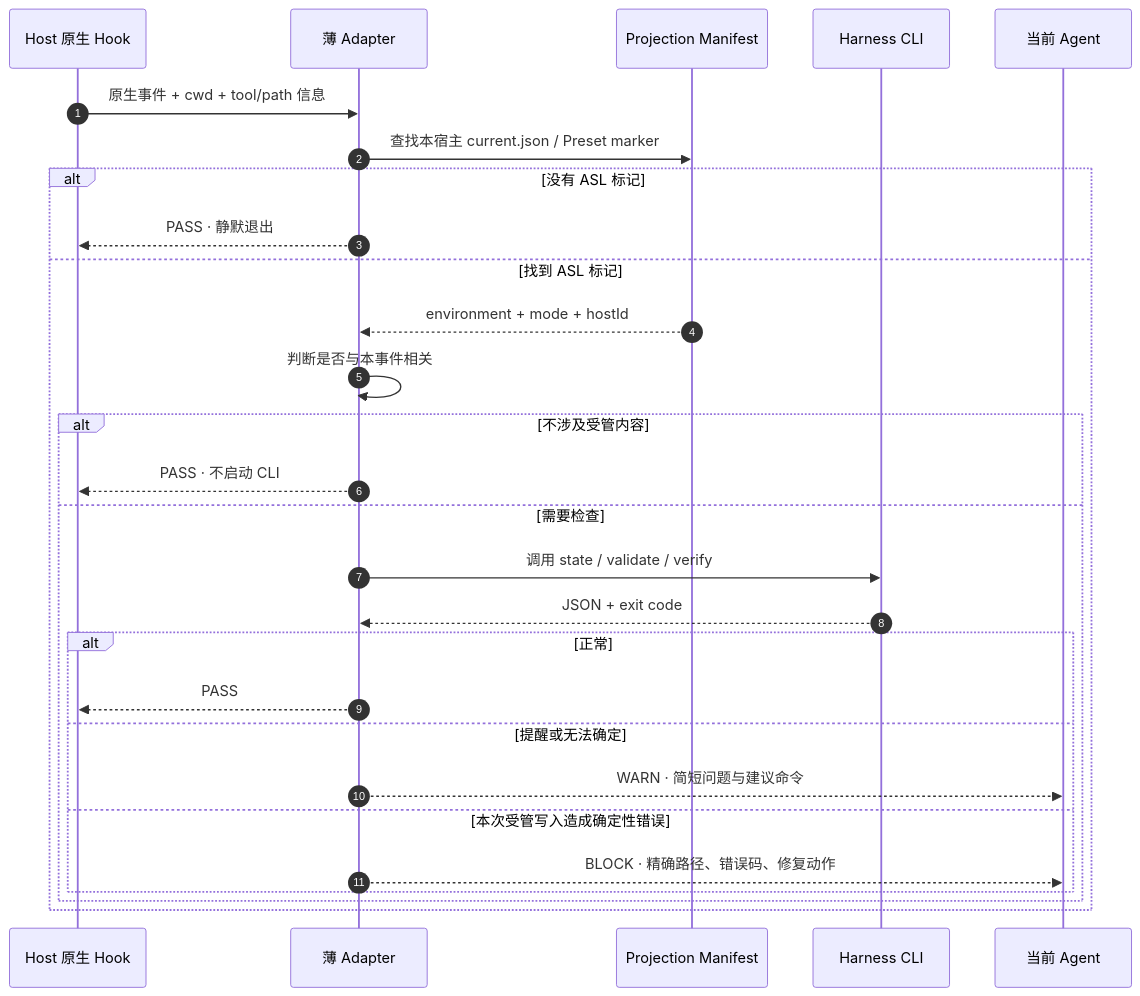
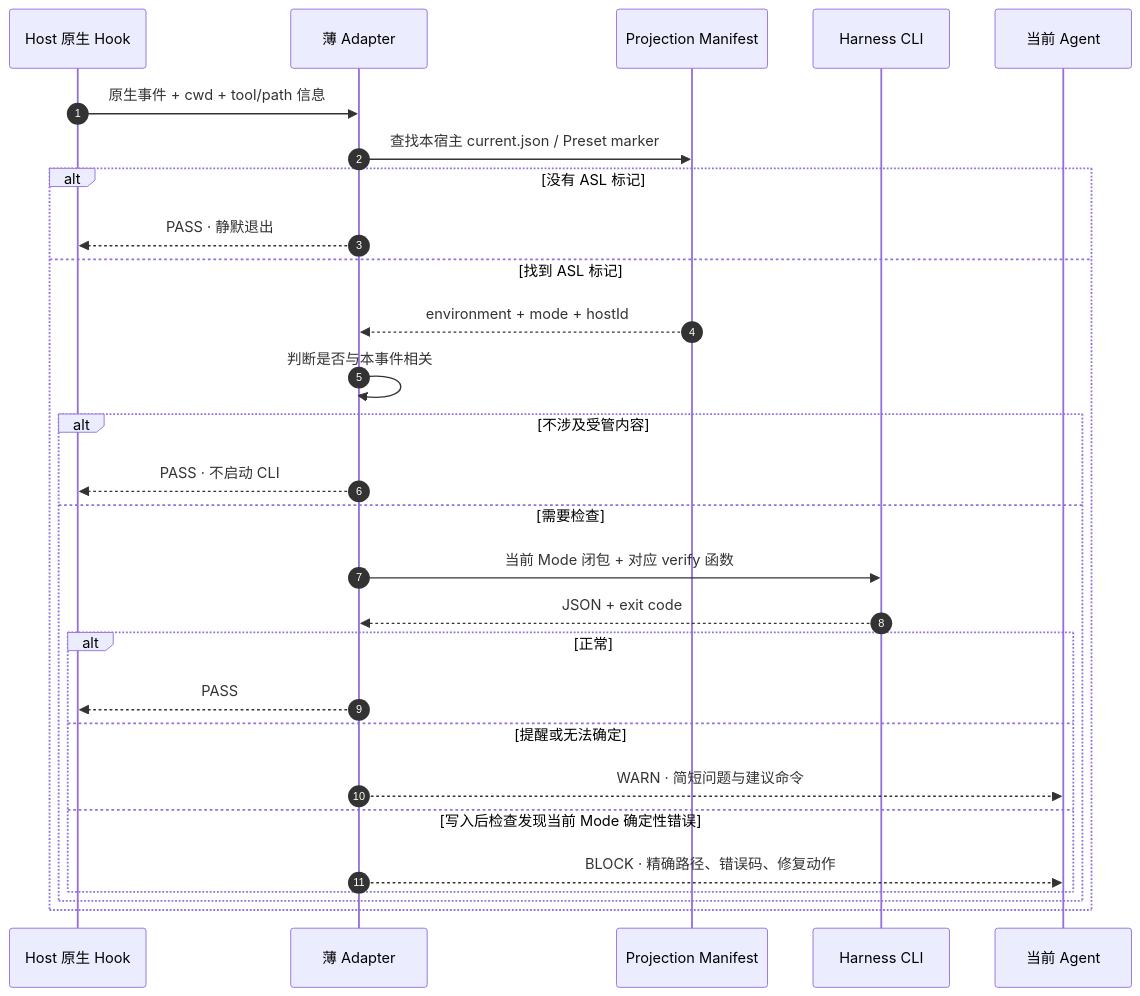
Before and after one commit to qihangzhang-272/asl-harness: the sixth of 19 diagrams in docs/asl-architecture-views.md, drawn with Mermaid. The commit also changed other lines of this file and 9 other files, not shown here.

````diff
--- a/docs/asl-architecture-views.md
+++ b/docs/asl-architecture-views.md
@@ -518,31 +479,31 @@
 ```mermaid
 sequenceDiagram
     autonumber
     participant H as Host 原生 Hook
     participant A as 薄 Adapter
     participant M as Projection Manifest
     participant C as Harness CLI
     participant G as 当前 Agent
 
     H->>A: 原生事件 + cwd + tool/path 信息
     A->>M: 查找本宿主 current.json / Preset marker
     alt 没有 ASL 标记
         A-->>H: PASS · 静默退出
     else 找到 ASL 标记
         M-->>A: environment + mode + hostId
         A->>A: 判断是否与本事件相关
         alt 不涉及受管内容
             A-->>H: PASS · 不启动 CLI
         else 需要检查
-            A->>C: 调用 state / validate / verify
+            A->>C: 当前 Mode 闭包 + 对应 verify 函数
             C-->>A: JSON + exit code
             alt 正常
                 A-->>H: PASS
             else 提醒或无法确定
                 A-->>G: WARN · 简短问题与建议命令
-            else 本次受管写入造成确定性错误
+            else 写入后检查发现当前 Mode 确定性错误
                 A-->>G: BLOCK · 精确路径、错误码、修复动作
             end
         end
     end
 ```
````
